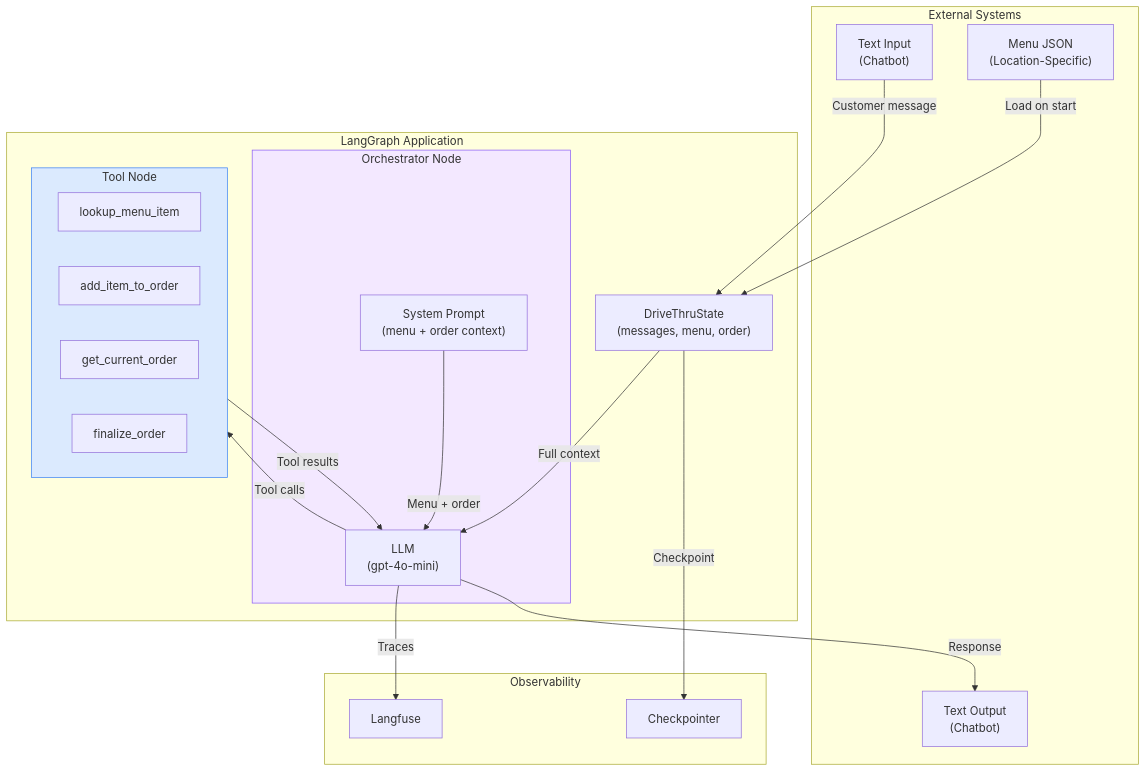
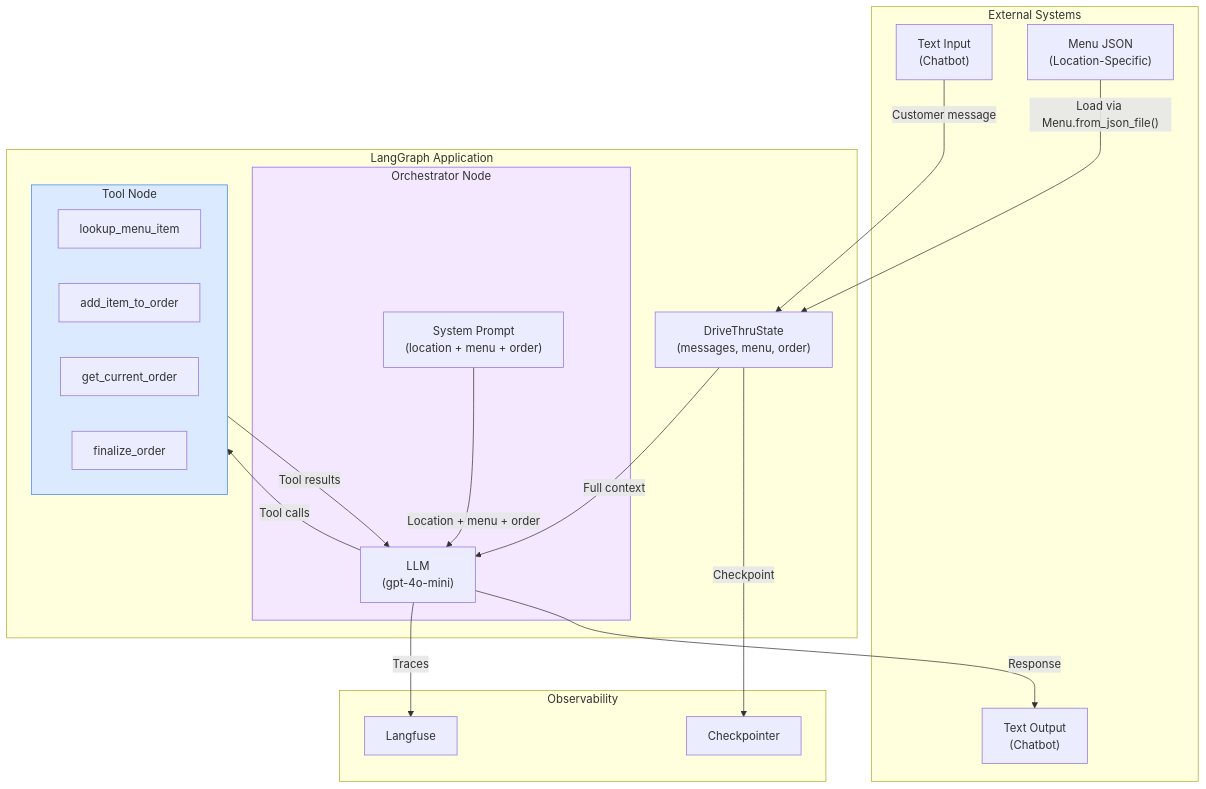
The third of 12 diagrams in docs/thoughts/target-implementation/v1/langgraph-state-diagrams-v1.md (seanreed1111/mcdonalds-drive-thru-bot), drawn with Mermaid before and after one commit. The commit also changed other lines of this file and 3 other files, not shown here.

````diff
--- a/docs/thoughts/target-implementation/v1/langgraph-state-diagrams-v1.md
+++ b/docs/thoughts/target-implementation/v1/langgraph-state-diagrams-v1.md
@@ -98,40 +98,40 @@
 ```mermaid
 flowchart TB
     subgraph External["External Systems"]
         Input["Text Input<br/>(Chatbot)"]
         Output["Text Output<br/>(Chatbot)"]
         MenuJSON["Menu JSON<br/>(Location-Specific)"]
     end
 
     subgraph LangGraph["LangGraph Application"]
         subgraph OrchestratorNode["Orchestrator Node"]
             LLM["LLM<br/>(gpt-4o-mini)"]
-            SystemPrompt["System Prompt<br/>(menu + order context)"]
+            SystemPrompt["System Prompt<br/>(location + menu + order)"]
         end
         subgraph ToolNode["Tool Node"]
             T1["lookup_menu_item"]
             T2["add_item_to_order"]
             T3["get_current_order"]
             T4["finalize_order"]
         end
         State["DriveThruState<br/>(messages, menu, order)"]
     end
 
     subgraph Observability["Observability"]
         Langfuse["Langfuse"]
         Checkpointer["Checkpointer"]
     end
 
     Input -->|"Customer message"| State
-    MenuJSON -->|"Load on start"| State
+    MenuJSON -->|"Load via Menu.from_json_file()"| State
     State -->|"Full context"| LLM
-    SystemPrompt -->|"Menu + order"| LLM
+    SystemPrompt -->|"Location + menu + order"| LLM
     LLM -->|"Tool calls"| ToolNode
     ToolNode -->|"Tool results"| LLM
     LLM -->|"Response"| Output
     State -->|"Checkpoint"| Checkpointer
     LLM -->|"Traces"| Langfuse
 
     style OrchestratorNode fill:#f3e8ff,stroke:#8b5cf6
     style ToolNode fill:#dbeafe,stroke:#3b82f6
 ```
````
